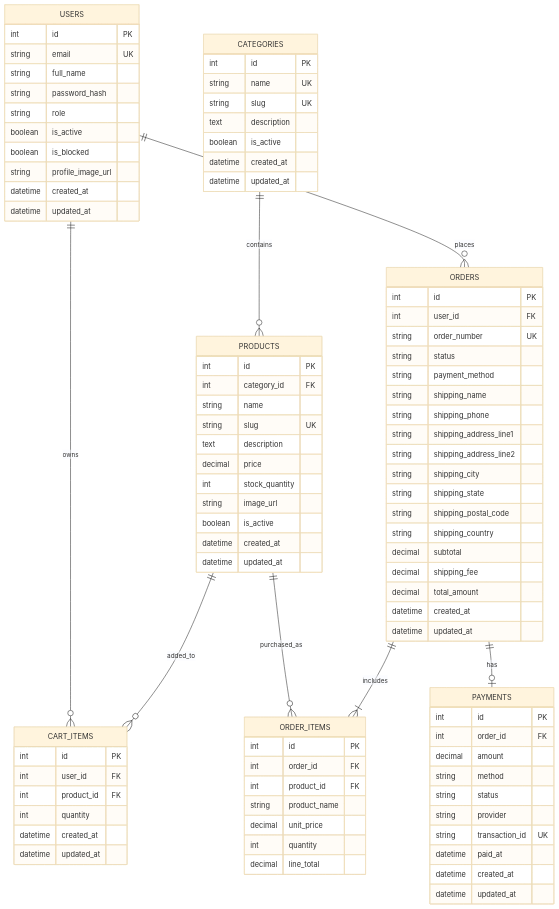
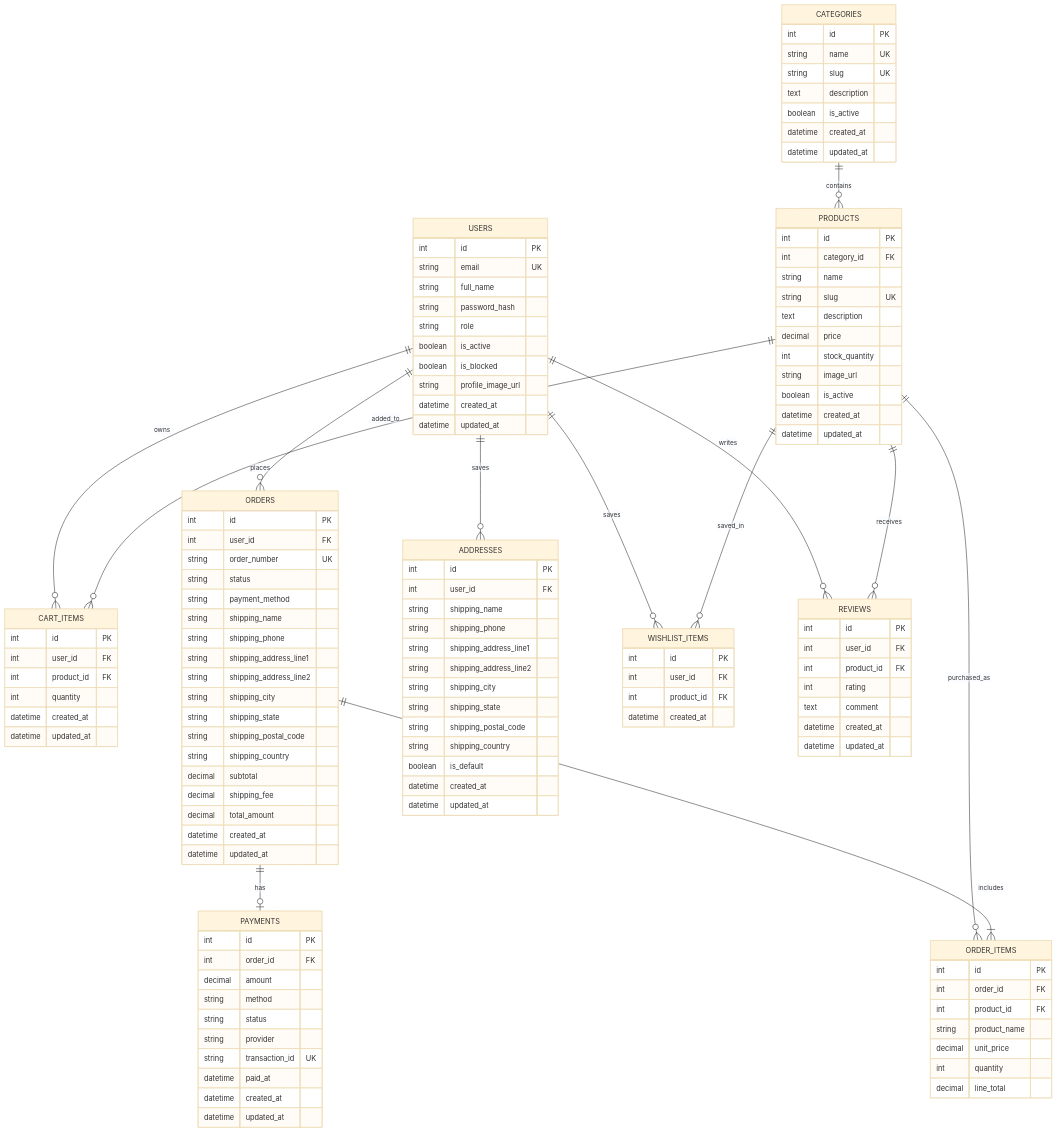
Before and after one commit to VenkataNarayana03/E-commerce: the diagram in docs/er-diagram.md, drawn with Mermaid (base theme). The commit also changed other lines of this file and 46 other files, not shown here.

```diff
--- a/docs/er-diagram.md
+++ b/docs/er-diagram.md
@@ -4,9 +4,14 @@
 erDiagram
     USERS ||--o{ CART_ITEMS : owns
     USERS ||--o{ ORDERS : places
+    USERS ||--o{ ADDRESSES : saves
+    USERS ||--o{ WISHLIST_ITEMS : saves
+    USERS ||--o{ REVIEWS : writes
     CATEGORIES ||--o{ PRODUCTS : contains
     PRODUCTS ||--o{ CART_ITEMS : added_to
     PRODUCTS ||--o{ ORDER_ITEMS : purchased_as
+    PRODUCTS ||--o{ WISHLIST_ITEMS : saved_in
+    PRODUCTS ||--o{ REVIEWS : receives
     ORDERS ||--|{ ORDER_ITEMS : includes
     ORDERS ||--o| PAYMENTS : has
 
@@ -19,6 +24,22 @@
         boolean is_active
         boolean is_blocked
         string profile_image_url
+        datetime created_at
+        datetime updated_at
+    }
+
+    ADDRESSES {
+        int id PK
+        int user_id FK
+        string shipping_name
+        string shipping_phone
+        string shipping_address_line1
+        string shipping_address_line2
+        string shipping_city
+        string shipping_state
+        string shipping_postal_code
+        string shipping_country
+        boolean is_default
         datetime created_at
         datetime updated_at
     }
@@ -52,6 +73,23 @@
         int user_id FK
         int product_id FK
         int quantity
+        datetime created_at
+        datetime updated_at
+    }
+
+    WISHLIST_ITEMS {
+        int id PK
+        int user_id FK
+        int product_id FK
+        datetime created_at
+    }
+
+    REVIEWS {
+        int id PK
+        int user_id FK
+        int product_id FK
+        int rating
+        text comment
         datetime created_at
         datetime updated_at
     }
```
